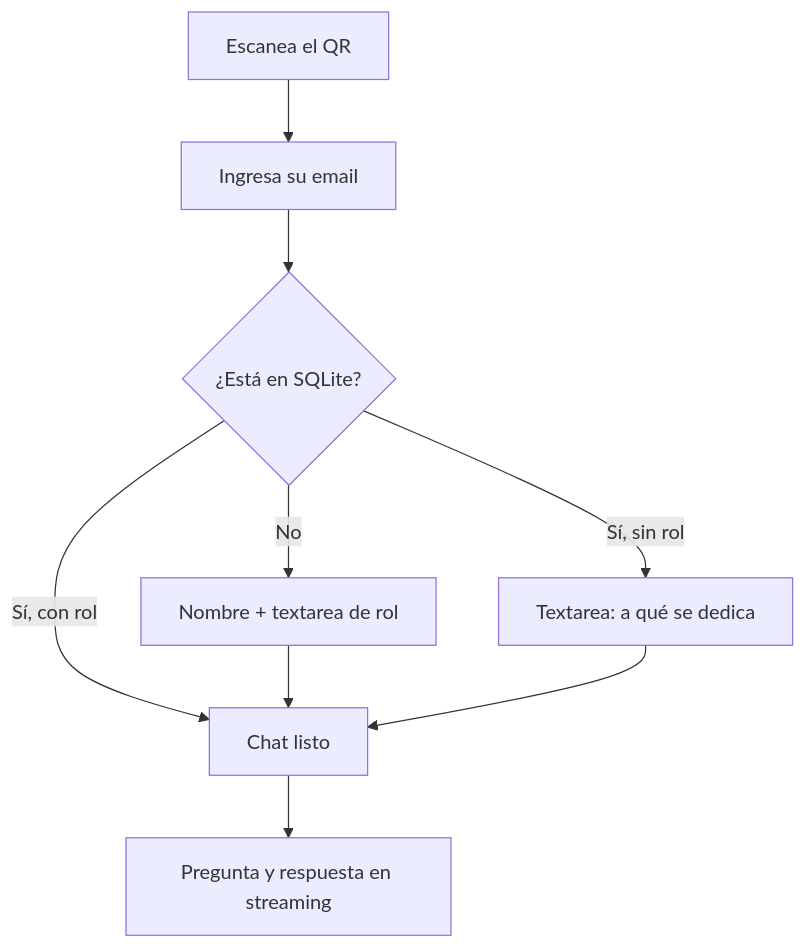
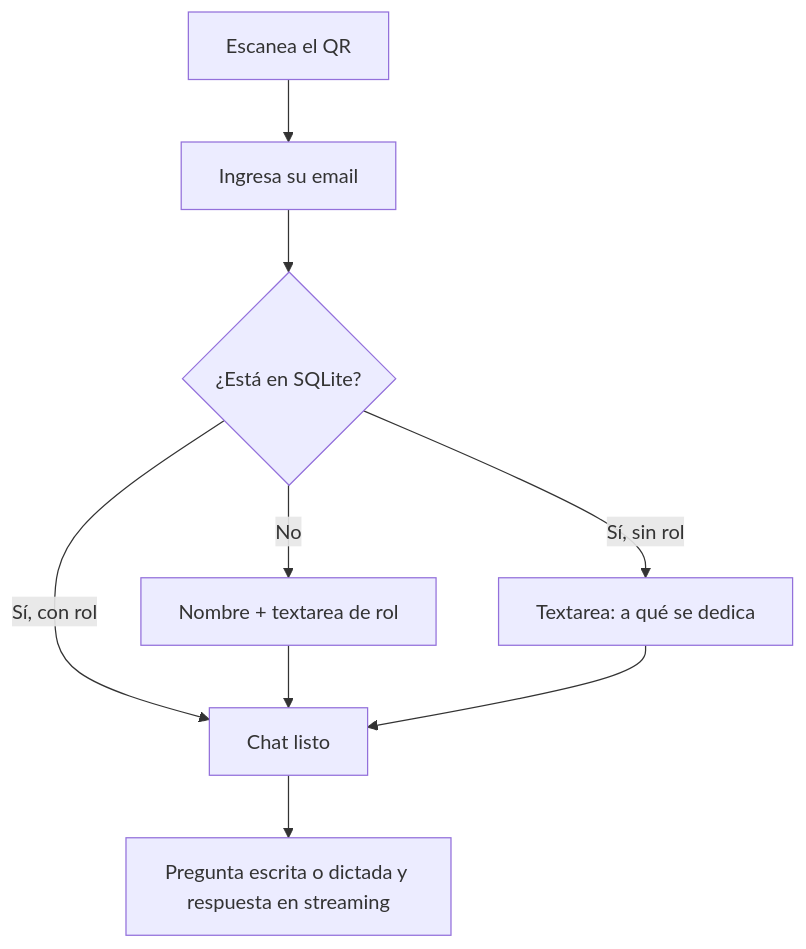
One commit to camarj/agentes-en-produccion-charla changed the first of 2 diagrams in PRD · Agente demo «Cómo lograr que tus agentes sobrevivan a producción».md. Above: the diagram before and after it, drawn with Mermaid. The commit also changed other lines of this file, not shown here.

````diff
--- a/PRD · Agente demo «Cómo lograr que tus agentes sobrevivan a producción».md
+++ b/PRD · Agente demo «Cómo lograr que tus agentes sobrevivan a producción».md
@@ -85,11 +96,11 @@
 ```mermaid
 flowchart TD
   A[Escanea el QR] --> B[Ingresa su email]
   B --> C{¿Está en SQLite?}
   C -- Sí, con rol --> F[Chat listo]
   C -- Sí, sin rol --> E[Textarea: a qué se dedica]
   C -- No --> D[Nombre + textarea de rol]
   D --> F
   E --> F
-  F --> G[Pregunta y respuesta en streaming]
+  F --> G[Pregunta escrita o dictada y respuesta en streaming]
 ```
````
